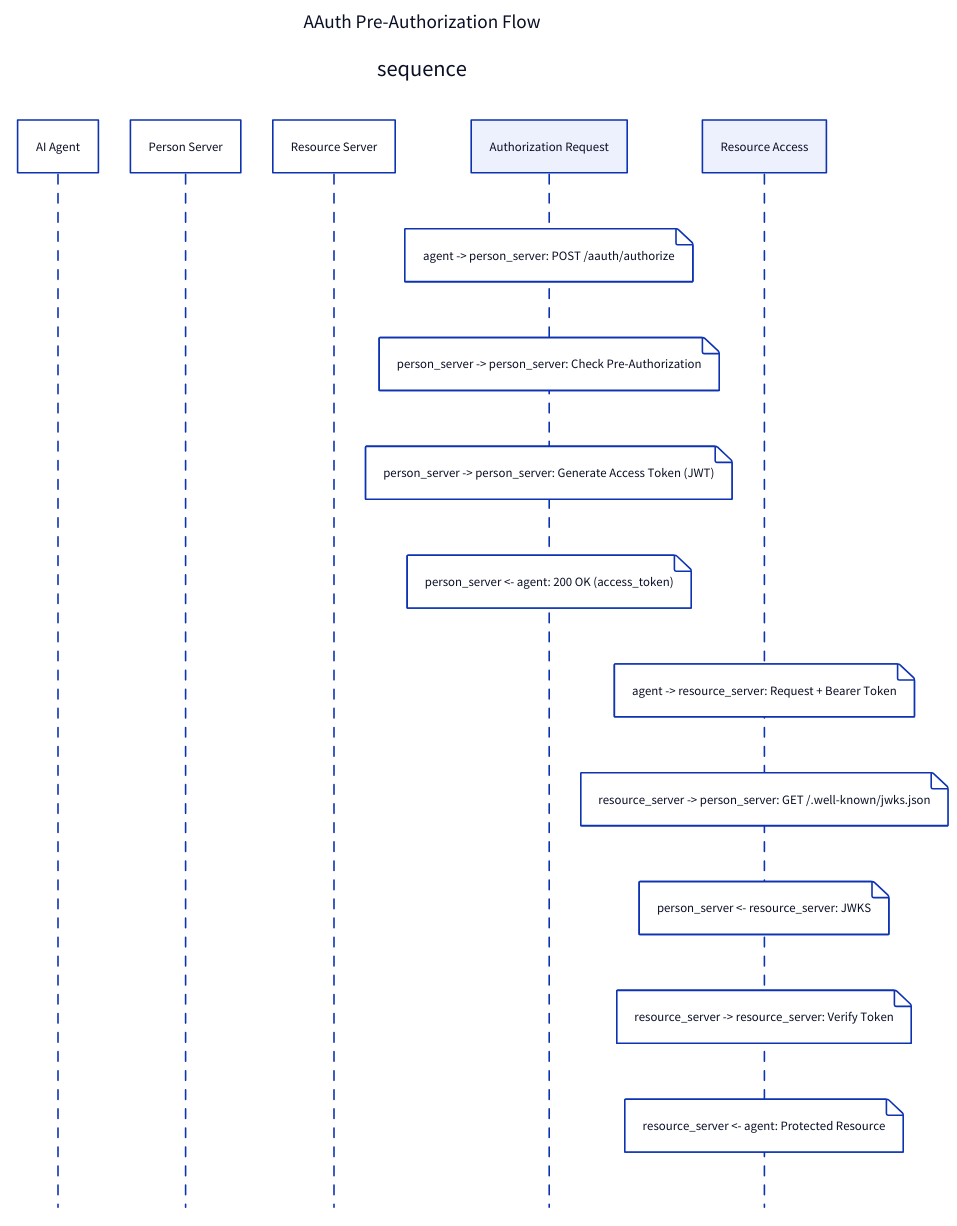
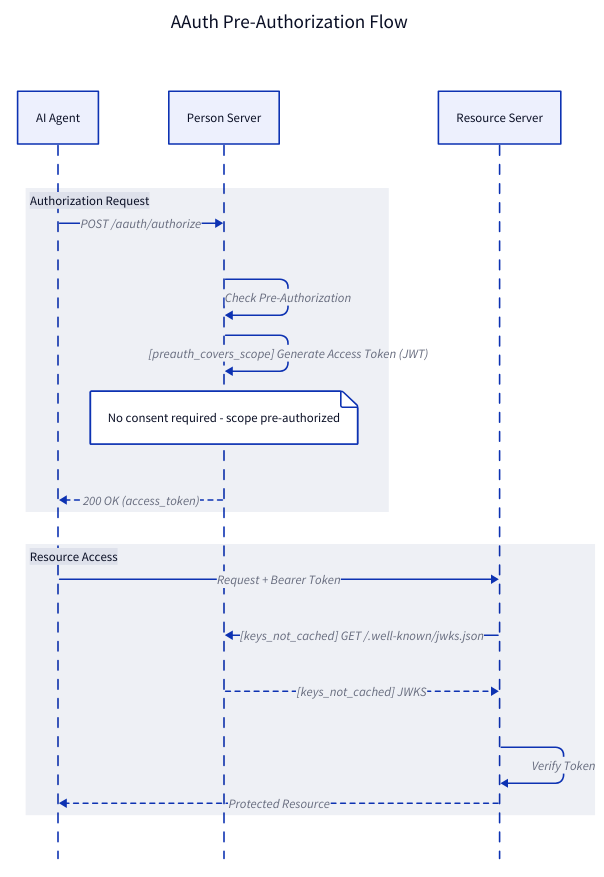
One commit to aistandardsio/agent-protocols changed the diagram in docs/aauth/pidl/aauth_preauth_flow.d2. Above: the diagram before and after it, drawn with D2. The commit also changed 2 other files, not shown here.

Commit message:
docs(aauth): regenerate the PIDL D2 diagrams with current pidl
pidl now writes sequence messages as D2 edges and responses in the
direction they travel, with notes on the actor and quoted labels.

```diff
--- a/docs/aauth/pidl/aauth_preauth_flow.d2
+++ b/docs/aauth/pidl/aauth_preauth_flow.d2
@@ -1,28 +1,35 @@
-title: AAuth Pre-Authorization Flow {
+title: "AAuth Pre-Authorization Flow" {
   shape: text
   near: top-center
   style.font-size: 24
 }
 
-sequence: {
+sequence: "" {
   shape: sequence_diagram
 
-  agent: AI Agent
-  person_server: Person Server
-  resource_server: Resource Server
+  agent: "AI Agent"
+  person_server: "Person Server"
+  resource_server: "Resource Server"
 
-  authorization_request: Authorization Request {
-    seq1: agent -> person_server: POST /aauth/authorize
-    seq2: person_server -> person_server: Check Pre-Authorization
-    seq3: person_server -> person_server: Generate Access Token (JWT)
-    seq4: person_server <- agent: 200 OK (access_token)
+  authorization_request: "Authorization Request" {
+    agent -> person_server: "POST /aauth/authorize"
+    person_server -> person_server: "Check Pre-Authorization"
+    person_server -> person_server: "[preauth_covers_scope] Generate Access Token (JWT)"
+    person_server."No consent required - scope pre-authorized"
+    person_server -> agent: "200 OK (access_token)" {
+      style.stroke-dash: 3
+    }
   }
 
-  resource_access: Resource Access {
-    seq5: agent -> resource_server: Request + Bearer Token
-    seq6: resource_server -> person_server: GET /.well-known/jwks.json
-    seq7: person_server <- resource_server: JWKS
-    seq8: resource_server -> resource_server: Verify Token
-    seq9: resource_server <- agent: Protected Resource
+  resource_access: "Resource Access" {
+    agent -> resource_server: "Request + Bearer Token"
+    resource_server -> person_server: "[keys_not_cached] GET /.well-known/jwks.json"
+    person_server -> resource_server: "[keys_not_cached] JWKS" {
+      style.stroke-dash: 3
+    }
+    resource_server -> resource_server: "Verify Token"
+    resource_server -> agent: "Protected Resource" {
+      style.stroke-dash: 3
+    }
   }
 }
```
